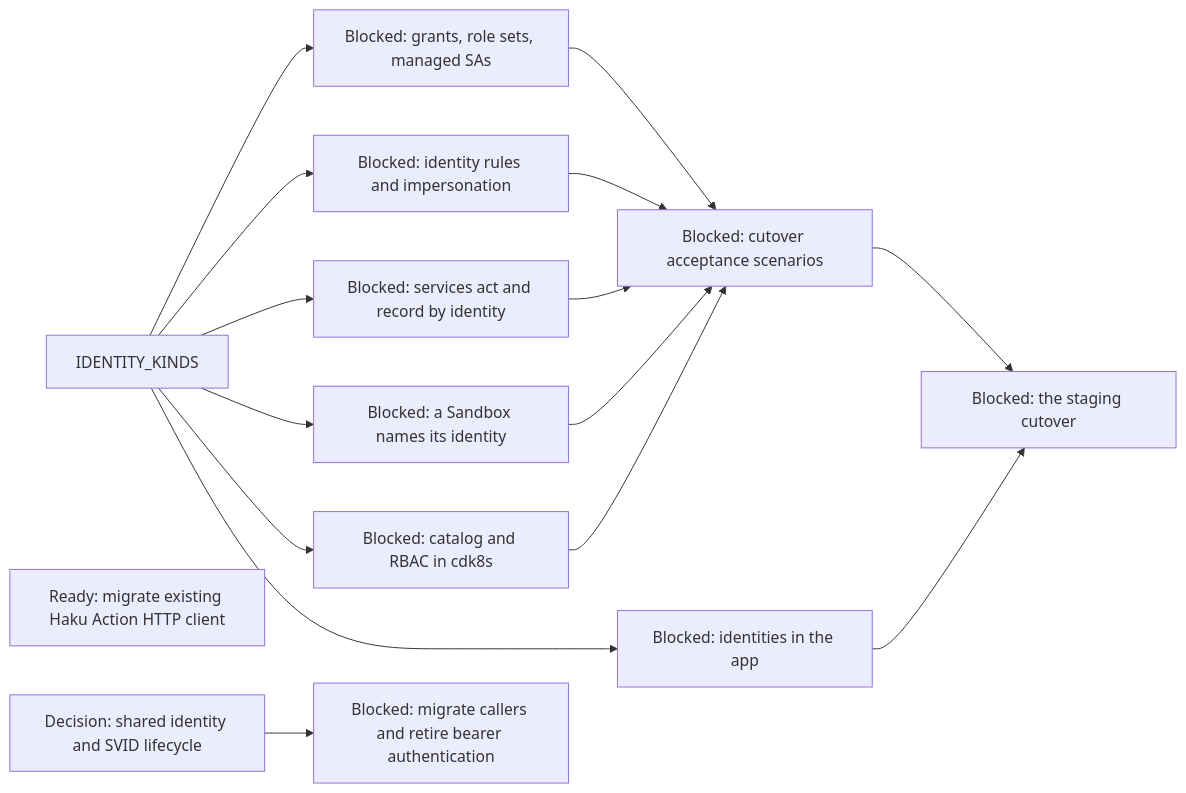
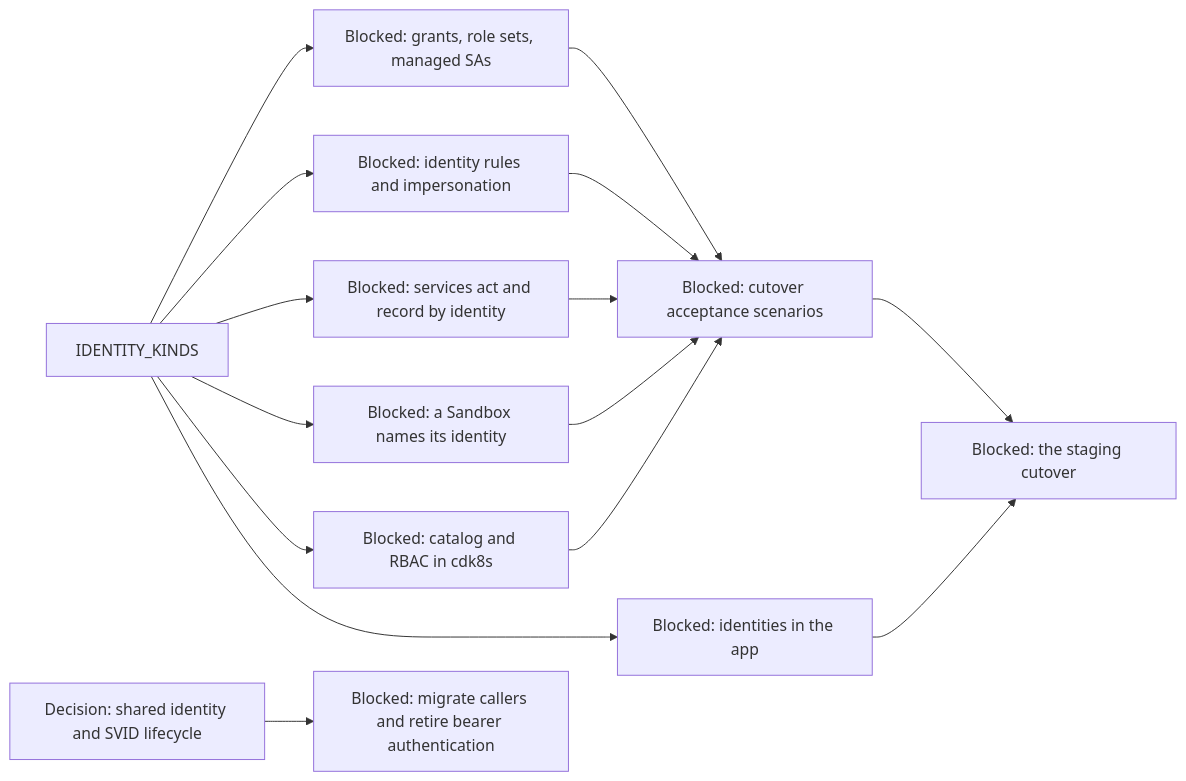
Before and after one commit to agentydragon/ducktape: diagram 17 of 19 in agentplane/plans/task_dag.md, drawn with Mermaid. The commit also changed other lines of this file and 3 other files, not shown here.

````diff
--- a/agentplane/plans/task_dag.md
+++ b/agentplane/plans/task_dag.md
@@ -3036,18 +3036,17 @@
 ```mermaid
 flowchart LR
     IDENTITY_KINDS --> POLICY_GRANTS[Blocked: grants, role sets, managed SAs]
     IDENTITY_KINDS --> EGRESS_IDENTITY_RULES[Blocked: identity rules and impersonation]
     IDENTITY_KINDS --> SERVICES_IDENTITY_PRINCIPAL[Blocked: services act and record by identity]
     IDENTITY_KINDS --> SANDBOX_IDENTITY_SPEC[Blocked: a Sandbox names its identity]
     IDENTITY_KINDS --> IDENTITY_CATALOG[Blocked: catalog and RBAC in cdk8s]
     IDENTITY_KINDS --> APP_IDENTITIES_UI[Blocked: identities in the app]
-    HAKU_ACTION_NATIVE_CLIENT[Ready: migrate existing Haku Action HTTP client]
     WORKLOAD_IDENTITY_LIFECYCLE_DESIGN[Decision: shared identity and SVID lifecycle] --> WORKLOAD_AUTH_CUTOVER[Blocked: migrate callers and retire bearer authentication]
     POLICY_GRANTS --> IDENTITY_SYSTEM_TESTS[Blocked: cutover acceptance scenarios]
     EGRESS_IDENTITY_RULES --> IDENTITY_SYSTEM_TESTS
     SERVICES_IDENTITY_PRINCIPAL --> IDENTITY_SYSTEM_TESTS
     SANDBOX_IDENTITY_SPEC --> IDENTITY_SYSTEM_TESTS
     IDENTITY_CATALOG --> IDENTITY_SYSTEM_TESTS
     IDENTITY_SYSTEM_TESTS --> IDENTITY_CUTOVER[Blocked: the staging cutover]
     APP_IDENTITIES_UI --> IDENTITY_CUTOVER
 ```
````
